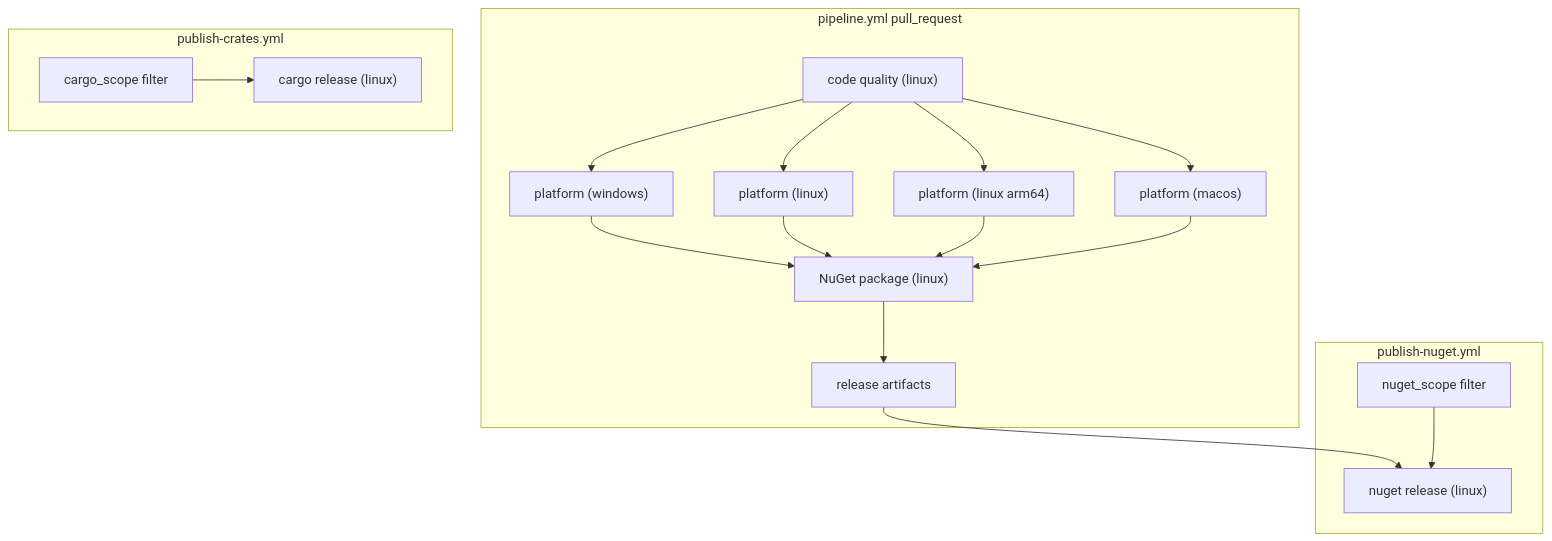
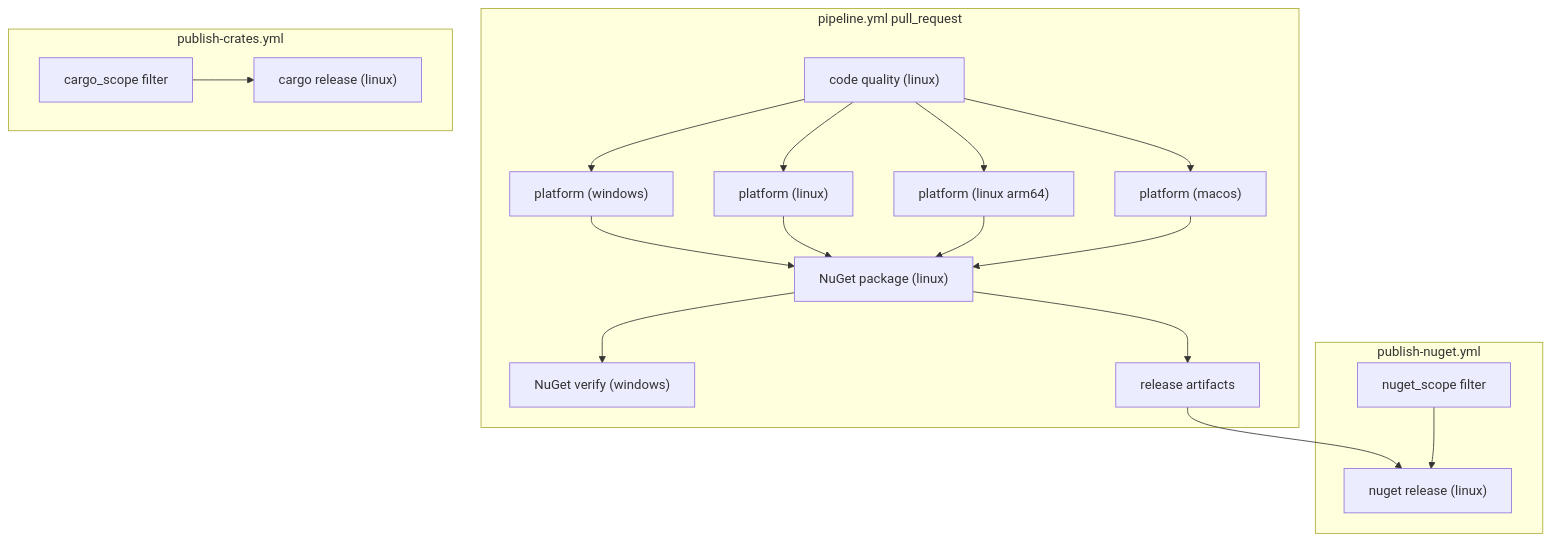
Before and after one commit to D-Naveenz/dhara_storage: the diagram in docs/ci-cd-pipelines.md, drawn with Mermaid. The commit also changed other lines of this file and 1 other file, not shown here.

First line of the commit message:
Split NuGet pack (linux) from verify (windows) for win-x64 smoke.

````diff
--- a/docs/ci-cd-pipelines.md
+++ b/docs/ci-cd-pipelines.md
@@ -20,27 +20,29 @@
 ```mermaid
 flowchart TB
   subgraph pr ["pipeline.yml pull_request"]
     Q["code quality (linux)"]
     PW["platform (windows)"]
     PL["platform (linux)"]
     PLA["platform (linux arm64)"]
     PM["platform (macos)"]
     PACK["NuGet package (linux)"]
+    VER["NuGet verify (windows)"]
     Q --> PW & PL & PLA & PM
     PW & PL & PLA & PM --> PACK
+    PACK --> VER
     PACK --> ART[release artifacts]
   end
 
   subgraph cd_cargo ["publish-crates.yml"]
     FC[cargo_scope filter]
     CR["cargo release (linux)"]
     FC --> CR
   end
 
   subgraph cd_nuget ["publish-nuget.yml"]
     FN[nuget_scope filter]
     NU["nuget release (linux)"]
     ART --> NU
     FN --> NU
   end
 ```
````
